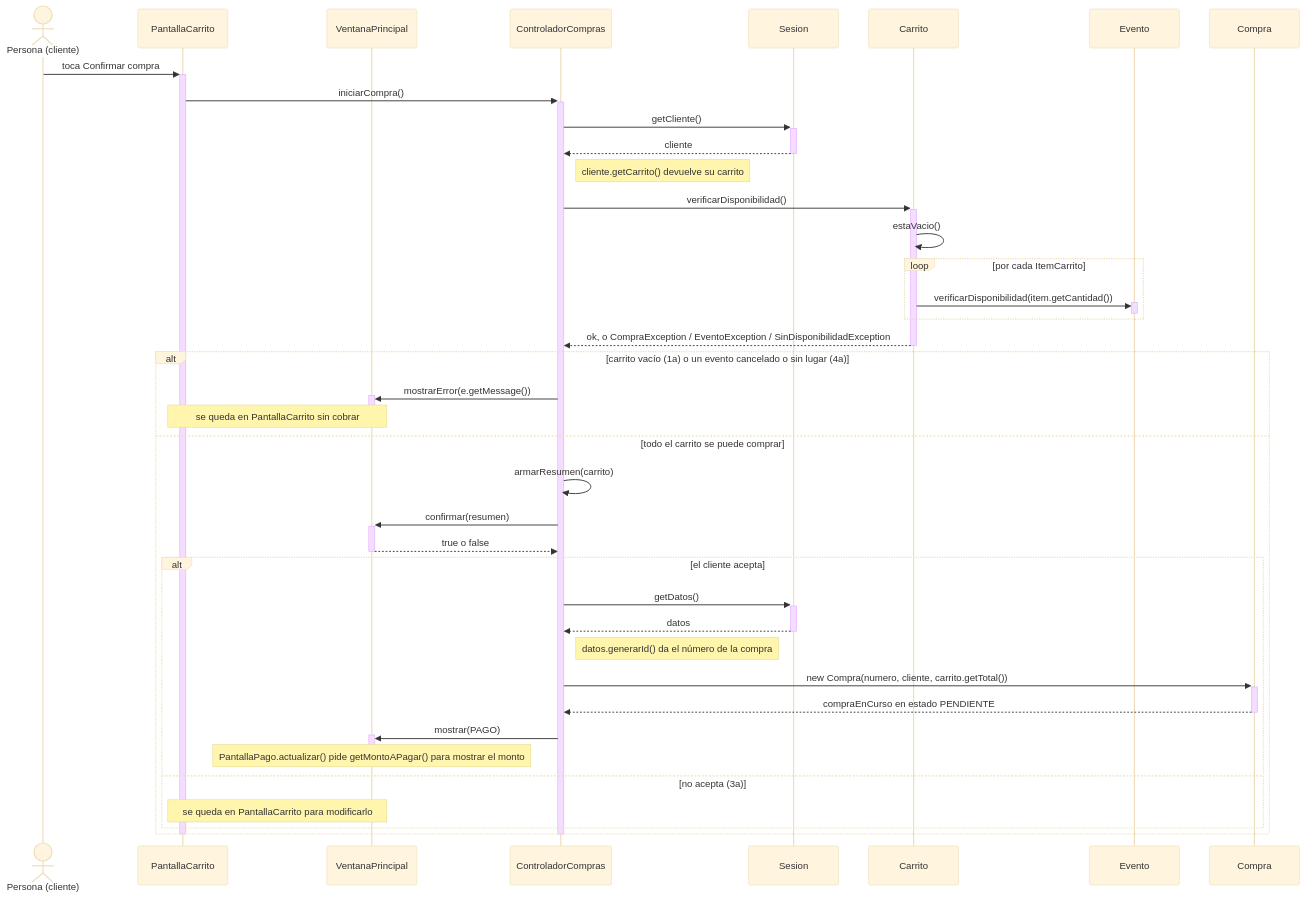
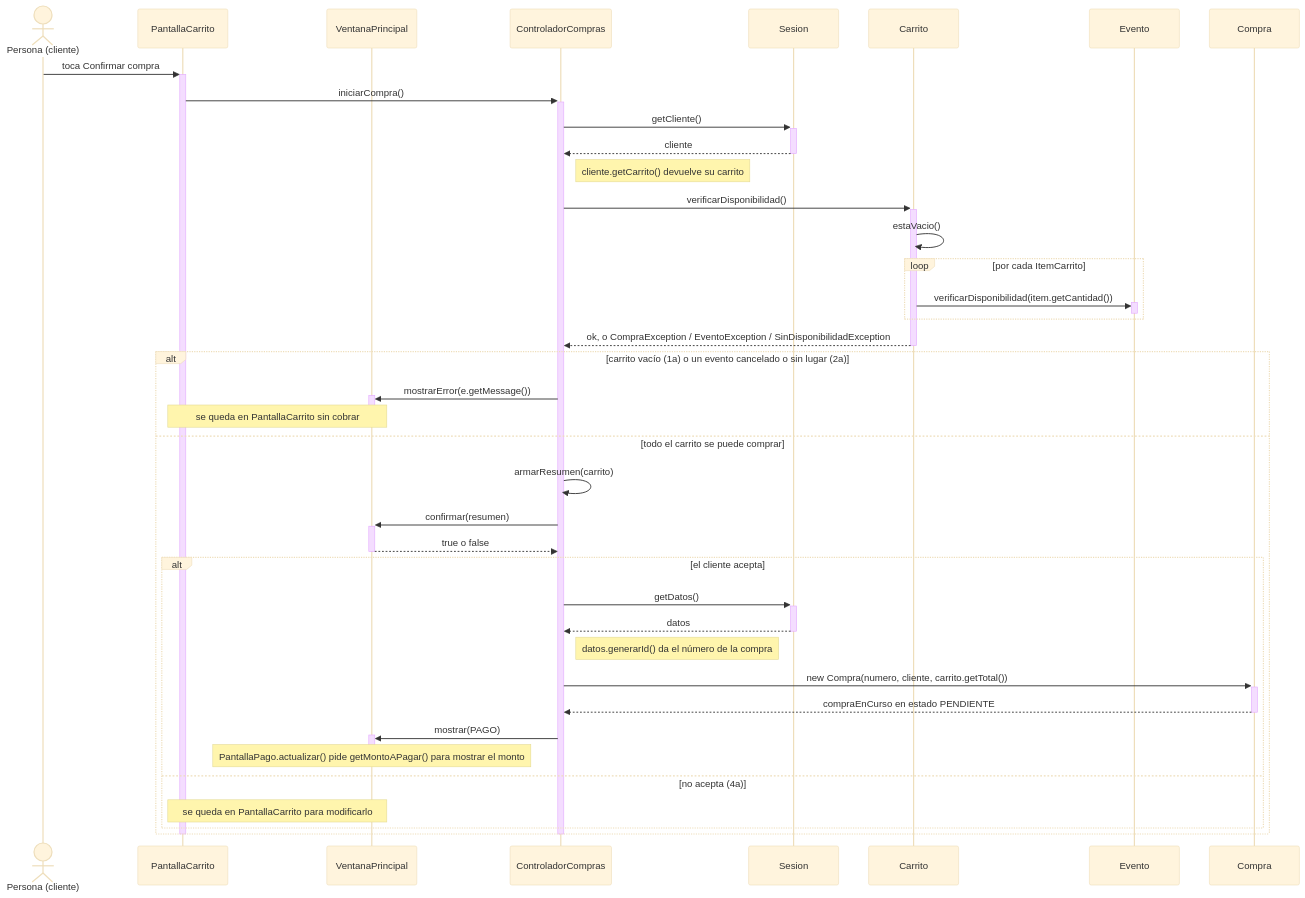
Before and after one commit to AgustinSimonenco/gestion-eventos-musicales: the first of 3 diagrams in docs/diseno/secuencias/CU10-confirmar-compra.md, drawn with Mermaid (base theme). The commit also changed other lines of this file and 11 other files, not shown here.

Commit message:
Bitacora 2026-11-06: proyecto terminado; casos de uso y diagramas alineados con el codigo

````diff
--- a/docs/diseno/secuencias/CU10-confirmar-compra.md
+++ b/docs/diseno/secuencias/CU10-confirmar-compra.md
@@ -15,47 +15,47 @@
 ```mermaid
 sequenceDiagram
     actor U as Persona (cliente)
     participant P as PantallaCarrito
     participant V as VentanaPrincipal
     participant C as ControladorCompras
     participant S as Sesion
     participant Ca as Carrito
     participant E as Evento
     participant Co as Compra
 
     U->>+P: toca Confirmar compra
     P->>+C: iniciarCompra()
     C->>+S: getCliente()
     S-->>-C: cliente
     Note right of C: cliente.getCarrito() devuelve su carrito
     C->>+Ca: verificarDisponibilidad()
     Ca->>Ca: estaVacio()
     loop por cada ItemCarrito
         Ca->>+E: verificarDisponibilidad(item.getCantidad())
         deactivate E
     end
     Ca-->>-C: ok, o CompraException / EventoException / SinDisponibilidadException
-    alt carrito vacío (1a) o un evento cancelado o sin lugar (4a)
+    alt carrito vacío (1a) o un evento cancelado o sin lugar (2a)
         C->>+V: mostrarError(e.getMessage())
         deactivate V
         Note over P,V: se queda en PantallaCarrito sin cobrar
     else todo el carrito se puede comprar
         C->>C: armarResumen(carrito)
         C->>+V: confirmar(resumen)
         V-->>-C: true o false
         alt el cliente acepta
             C->>+S: getDatos()
             S-->>-C: datos
             Note right of C: datos.generarId() da el número de la compra
             C->>+Co: new Compra(numero, cliente, carrito.getTotal())
             Co-->>-C: compraEnCurso en estado PENDIENTE
             C->>+V: mostrar(PAGO)
             deactivate V
             Note over V: PantallaPago.actualizar() pide getMontoAPagar() para mostrar el monto
-        else no acepta (3a)
+        else no acepta (4a)
             Note over P,V: se queda en PantallaCarrito para modificarlo
         end
     end
     deactivate C
     deactivate P
 ```
````
